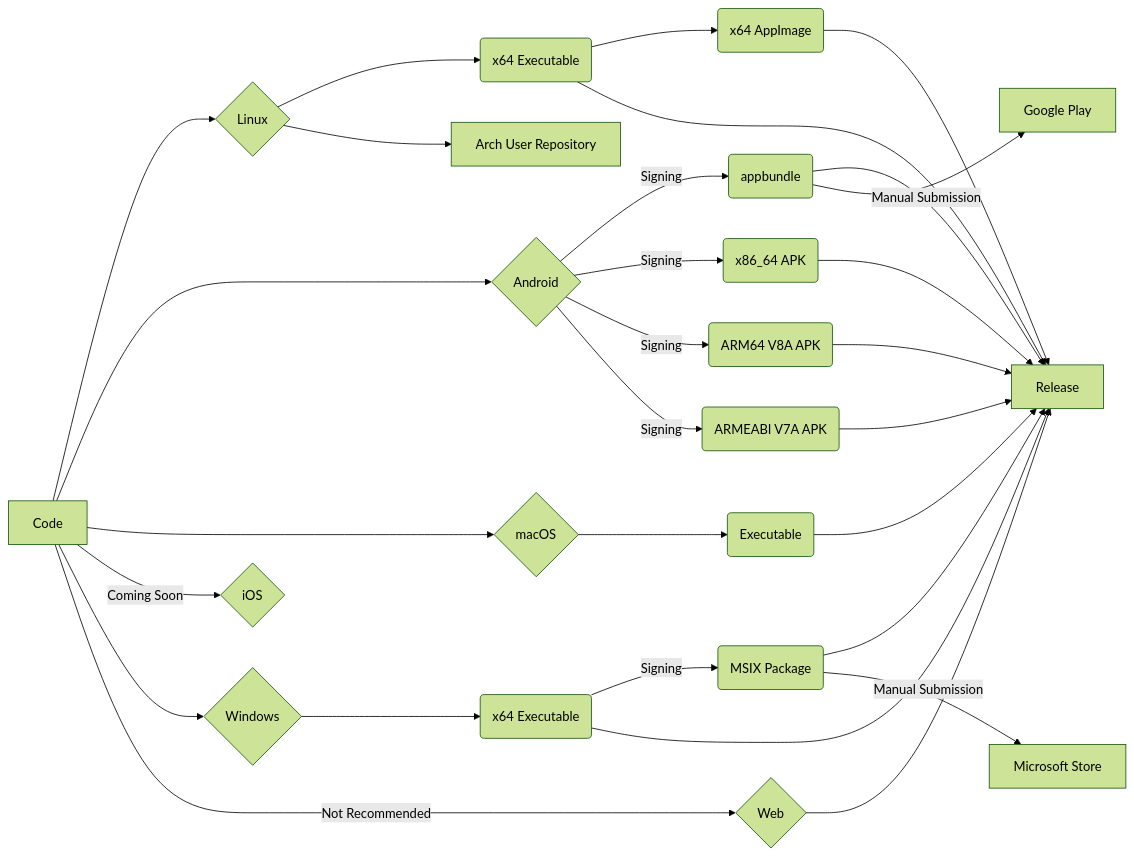
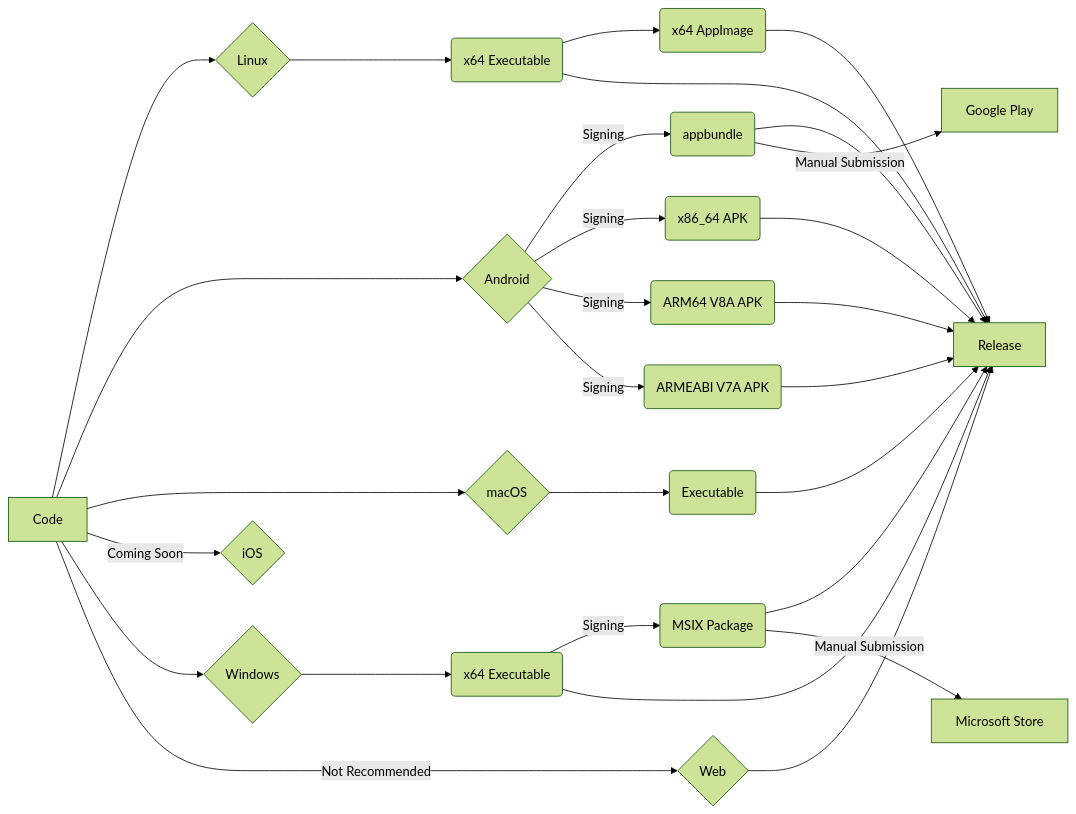
Before and after one commit to bitscoper/Bitscoper_Cyber_ToolBox: the diagram in README.md, drawn with Mermaid (forest theme). The commit also changed other lines of this file and 15 other files, not shown here.

````diff
--- a/README.md
+++ b/README.md
@@ -46,40 +35,38 @@
 ```mermaid
 flowchart LR
 
 Code[Code] --> Linux{Linux}
 Linux --> Linux_x64_Executable(x64 Executable)
 Linux_x64_Executable --> Linux_x64_AppImage(x64 AppImage)
 
 Code --> Android{Android}
 Android --> |Signing| Android_appbundle(appbundle)
 Android --> |Signing| Android_x86_64_APK(x86_64 APK)
 Android --> |Signing| Android_ARM64_V8A_APK(ARM64 V8A APK)
 Android --> |Signing| Android_ARMEABI_V7A_APK(ARMEABI V7A APK)
 
 Code --> macOS{macOS}
 macOS --> macOS_Executable(Executable)
 
 Code --> |Coming Soon| iOS{iOS}
 
 Code --> Windows{Windows}
 Windows --> Windows_x64_Executable(x64 Executable)
 Windows_x64_Executable --> |Signing| Windows_x64_MSIX_Package(MSIX Package)
 
 Code --> |Not Recommended| Web{Web}
 
 Linux_x64_Executable --> Release[Release]
 Linux_x64_AppImage --> Release[Release]
 Android_appbundle --> Release[Release]
 Android_x86_64_APK --> Release[Release]
 Android_ARM64_V8A_APK --> Release[Release]
 Android_ARMEABI_V7A_APK --> Release[Release]
 macOS_Executable --> Release[Release]
 Windows_x64_Executable --> Release[Release]
 Windows_x64_MSIX_Package --> Release[Release]
 Web --> Release[Release]
 
-Linux --> AUR[Arch User Repository]
-
 Android_appbundle --> |Manual Submission| Google_Play[Google Play]
 Windows_x64_MSIX_Package --> |Manual Submission| Microsoft_Store[Microsoft Store]
 ```
````
